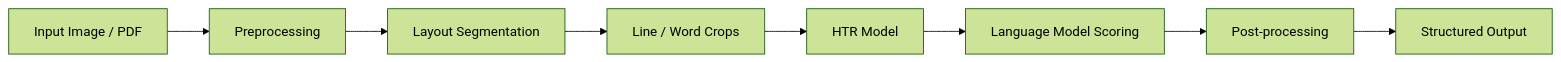
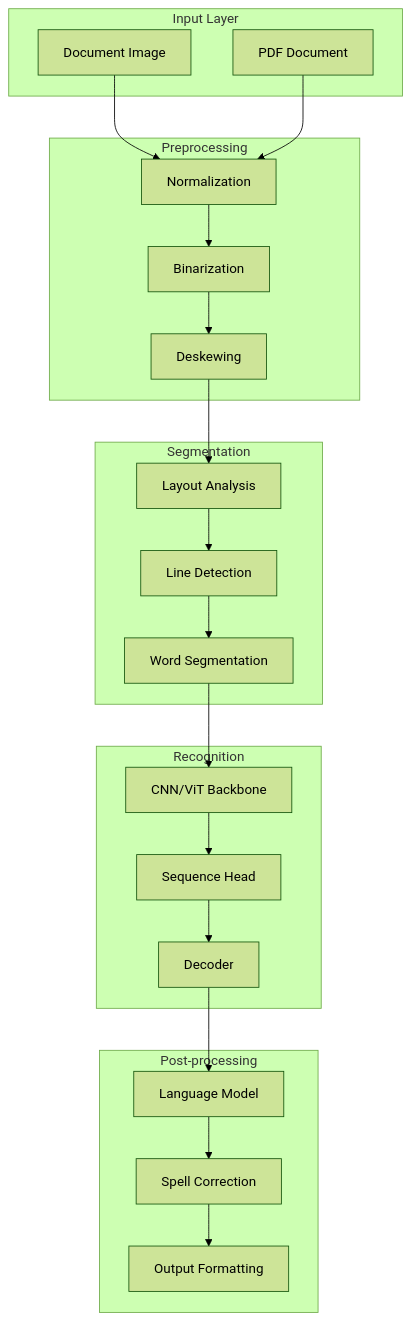
Before and after one commit to olaflaitinen/Thulium: the first of 2 diagrams in README.md, drawn with Mermaid (forest theme). The commit also changed other lines of this file and 4 other files, not shown here.

Commit message:
v1.0.0: Production release with enhanced documentation, Mermaid diagrams, and mathematical formulas

````diff
--- a/README.md
+++ b/README.md
@@ -104,10 +122,38 @@
 ```mermaid
-flowchart LR
-    A[Input Image / PDF] --> B[Preprocessing]
-    B --> C[Layout Segmentation]
-    C --> D[Line / Word Crops]
-    D --> E[HTR Model]
-    E --> F[Language Model Scoring]
-    F --> G[Post-processing]
-    G --> H[Structured Output]
+graph TB
+    subgraph Input Layer
+        A[Document Image]
+        B[PDF Document]
+    end
+    
+    subgraph Preprocessing
+        C[Normalization]
+        D[Binarization]
+        E[Deskewing]
+    end
+    
+    subgraph Segmentation
+        F[Layout Analysis]
+        G[Line Detection]
+        H[Word Segmentation]
+    end
+    
+    subgraph Recognition
+        I[CNN/ViT Backbone]
+        J[Sequence Head]
+        K[Decoder]
+    end
+    
+    subgraph Post-processing
+        L[Language Model]
+        M[Spell Correction]
+        N[Output Formatting]
+    end
+    
+    A --> C
+    B --> C
+    C --> D --> E
+    E --> F --> G --> H
+    H --> I --> J --> K
+    K --> L --> M --> N
 ```
````
